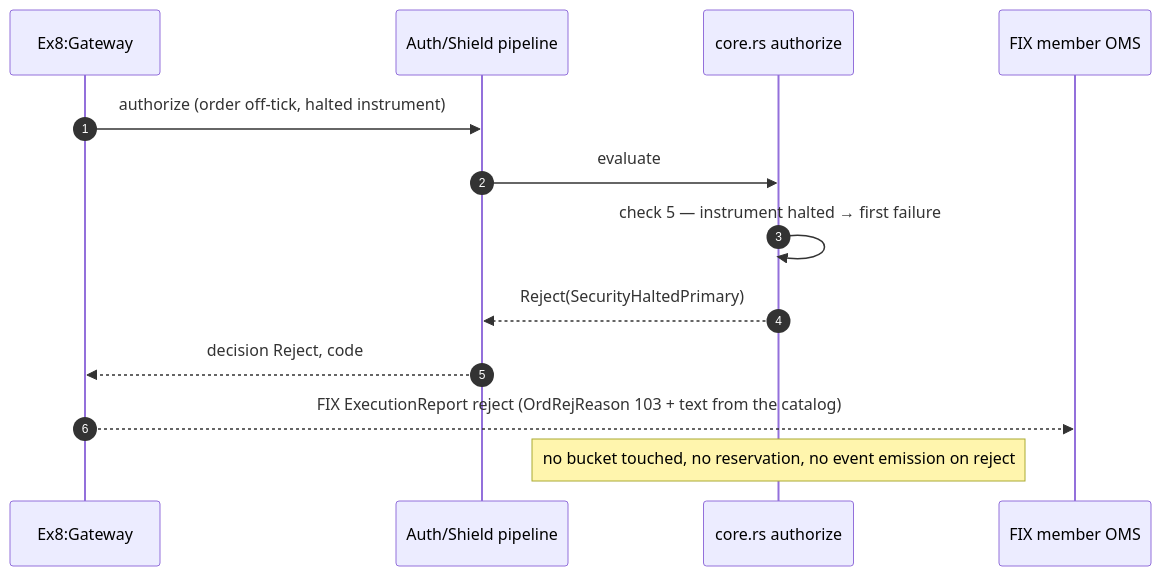
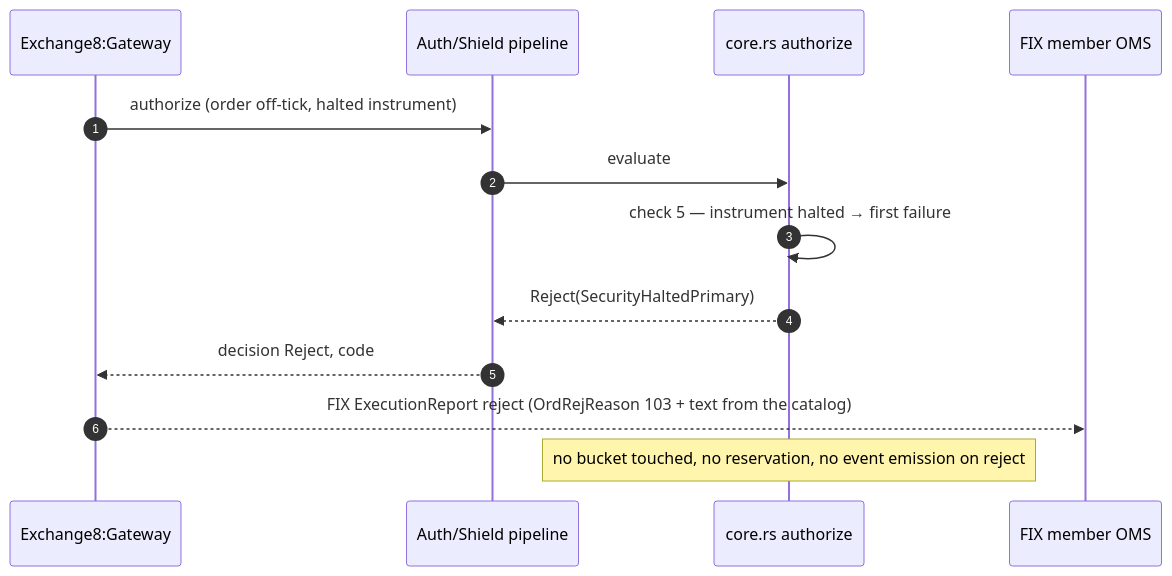
The sixth of 14 diagrams in DESIGN.md (Exchange8-dev/exchange8-risk), drawn with Mermaid before and after one commit. The commit also changed other lines of this file and 10 other files, not shown here.

````diff
--- a/DESIGN.md
+++ b/DESIGN.md
@@ -206,16 +206,16 @@
 ```mermaid
 sequenceDiagram
     autonumber
-    participant GWX as Ex8:Gateway
+    participant GWX as Exchange8:Gateway
     participant AUTHX as Auth/Shield pipeline
     participant MX as core.rs authorize
     participant FIX as FIX member OMS
 
     GWX->>AUTHX: authorize (order off-tick, halted instrument)
     AUTHX->>MX: evaluate
     MX->>MX: check 5 — instrument halted → first failure
     MX-->>AUTHX: Reject(SecurityHaltedPrimary)
     AUTHX-->>GWX: decision Reject, code
     GWX-->>FIX: FIX ExecutionReport reject (OrdRejReason 103 + text from the catalog)
     Note over MX: no bucket touched, no reservation, no event emission on reject
 ```
````
